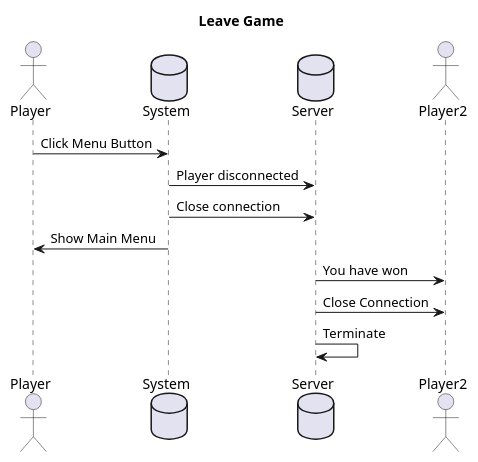
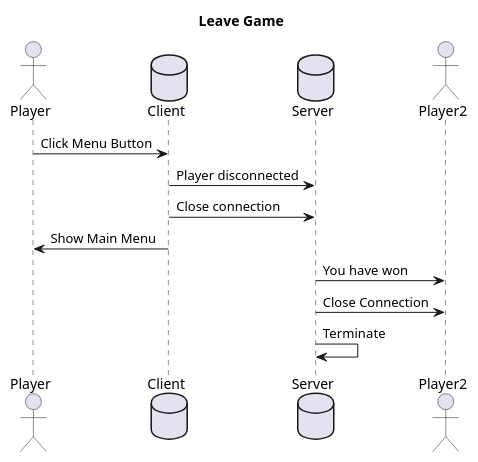
The diagram in docs/sequence_diagrams/leave_game.puml (TINF21CS1/TicTacToeKojote), drawn with PlantUML before and after one commit. The commit also changed 8 other files, not shown here.

Commit message:
Docs(sequence_diagrams): Renamed Server to Client to fit language in other docs

```diff
--- a/docs/sequence_diagrams/leave_game.puml
+++ b/docs/sequence_diagrams/leave_game.puml
@@ -1,17 +1,17 @@
 @startuml
 title Leave Game
 
 actor Player as p
-database System
+database Client
 database Server as s
 actor Player2 as p2
 
-p->System: Click Menu Button
-System->s: Player disconnected
-System->s: Close connection
-System->p: Show Main Menu
+p->Client: Click Menu Button
+Client->s: Player disconnected
+Client->s: Close connection
+Client->p: Show Main Menu
 s->p2: You have won
 s->p2: Close Connection
 s->s: Terminate
 
 @enduml
```
